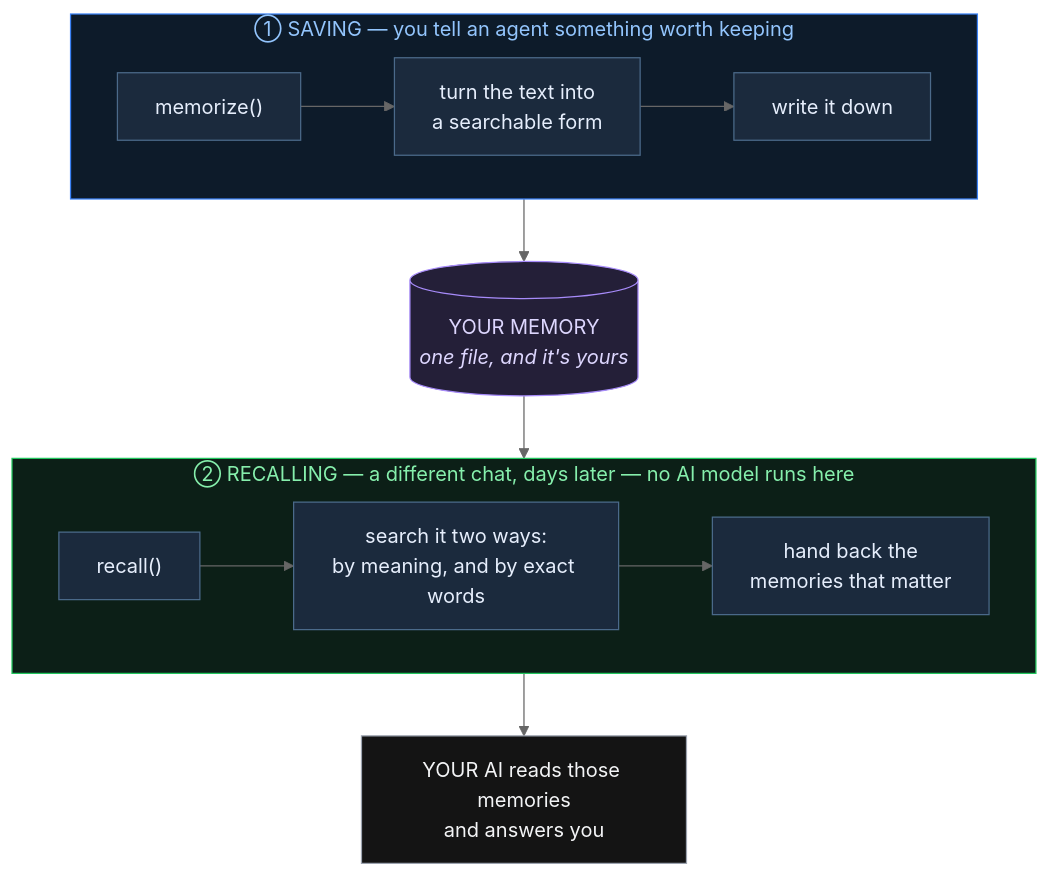
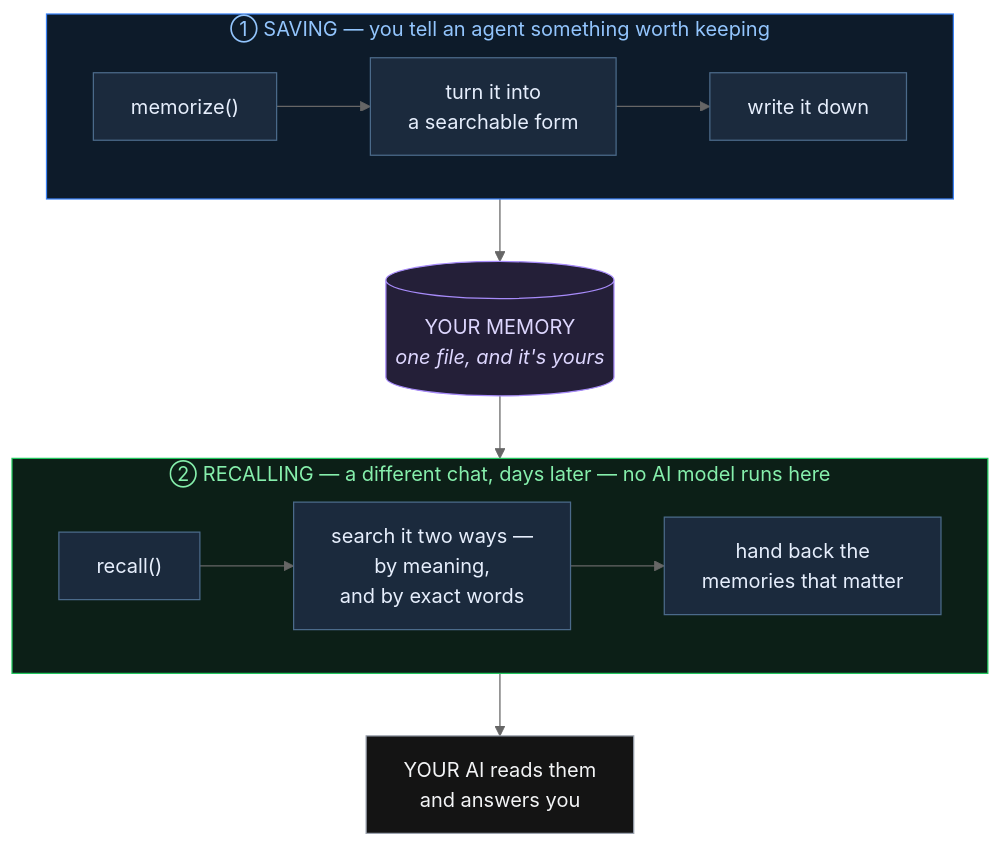
Before and after one commit to fernsdavid25/cortex-protocol: the first of 2 diagrams in README.md, drawn with Mermaid (neutral theme). The commit also changed other lines of this file, not shown here.

````diff
--- a/README.md
+++ b/README.md
@@ -278,26 +257,26 @@
 ```mermaid
 flowchart TB
     subgraph W["① SAVING &mdash; you tell an agent something worth keeping"]
         direction LR
-        W1["memorize()"] --> W2["turn the text into<br/>a searchable form"] --> W3["write it down"]
+        W1["memorize()"] --> W2["turn it into<br/>a searchable form"] --> W3["write it down"]
     end
 
     DB[("YOUR MEMORY<br/><i>one file, and it's yours</i>")]
 
     subgraph R["② RECALLING &mdash; a different chat, days later &mdash; no AI model runs here"]
         direction LR
-        R1["recall()"] --> R2["search it two ways:<br/>by meaning, and by exact words"] --> R3["hand back the<br/>memories that matter"]
+        R1["recall()"] --> R2["search it two ways —<br/>by meaning,<br/>and by exact words"] --> R3["hand back the<br/>memories that matter"]
     end
 
-    A["YOUR AI reads those memories<br/>and answers you"]
+    A["YOUR AI reads them<br/>and answers you"]
 
     W3 --> DB --> R2
     R3 --> A
 
     classDef step fill:#1b2a3d,stroke:#4b6a8a,color:#e6eefc
     class W1,W2,W3,R1,R2,R3 step
     style W fill:#0d1b2a,stroke:#3b82f6,color:#93c5fd
     style R fill:#0c1f17,stroke:#22c55e,color:#86efac
     style DB fill:#241f38,stroke:#a78bfa,color:#ddd6fe
     style A fill:#141414,stroke:#9ca3af,color:#f3f4f6
 ```
````
